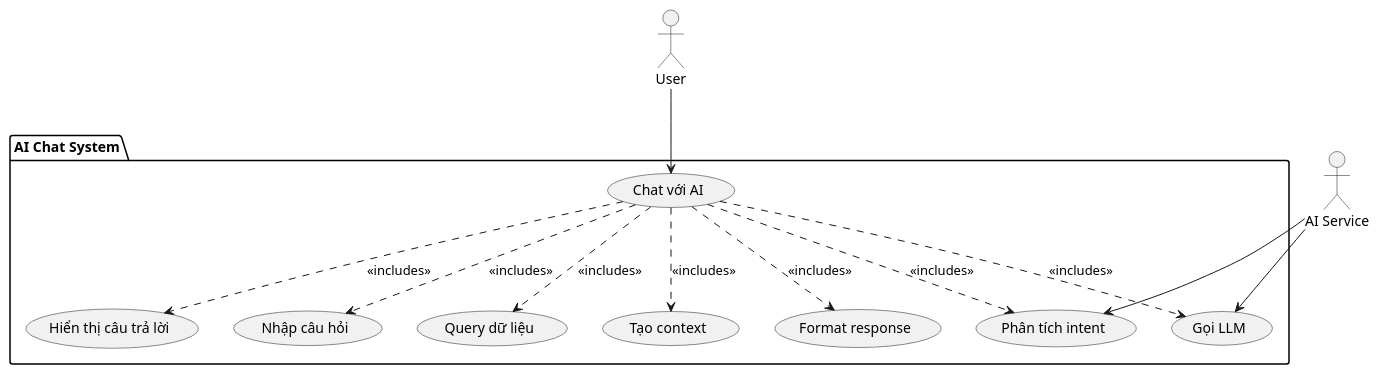
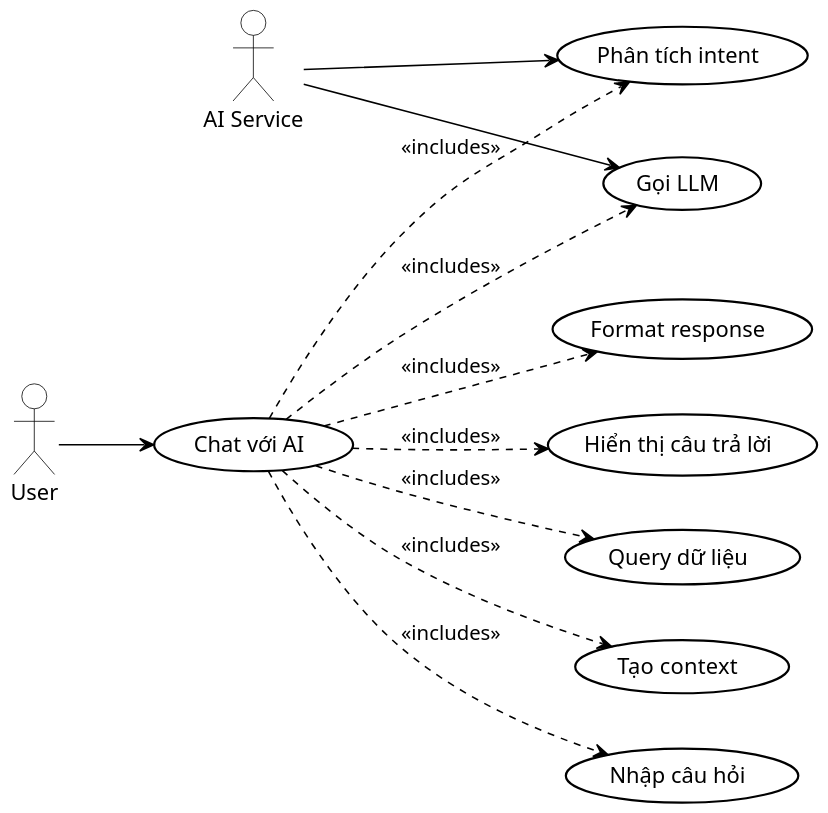
One commit to quanbin27/TabiMoney changed the diagram in uml-diagrams/UC_012_AIChat.puml. Above: the diagram before and after it, drawn with PlantUML. The commit also changed 108 other files, not shown here.

Commit message:
docs: update diagram images

```diff
--- a/uml-diagrams/UC_012_AIChat.puml
+++ b/uml-diagrams/UC_012_AIChat.puml
@@ -1,27 +1,53 @@
 @startuml UC_012_AIChat
+
+skinparam usecase {
+    BackgroundColor #FFFFFF
+    BorderColor #000000
+    ArrowColor #000000
+    BorderThickness 1.4
+    FontColor #000000
+    FontSize 14
+}
+
+skinparam actor {
+    BackgroundColor #FFFFFF
+    BorderColor #000000
+    FontColor #000000
+    FontSize 14
+}
+
+skinparam package {
+    BorderColor #000000
+    FontColor #000000
+}
+
+skinparam shadowing false
+skinparam dpi 150
+
+' Layout ngang
+left to right direction
+
 actor User
 actor "AI Service" as AI
 
-package "AI Chat System" {
-    usecase "Chat với AI" as UC_AIChat
-    usecase "Nhập câu hỏi" as UC_EnterQuestion
-    usecase "Phân tích intent" as UC_AnalyzeIntent
-    usecase "Query dữ liệu" as UC_QueryData
-    usecase "Tạo context" as UC_CreateContext
-    usecase "Gọi LLM" as UC_CallLLM
-    usecase "Format response" as UC_FormatResponse
-    usecase "Hiển thị câu trả lời" as UC_ShowResponse
-}
+usecase "Chat với AI" as UC_AIChat
+usecase "Nhập câu hỏi" as UC_EnterQuestion
+usecase "Phân tích intent" as UC_AnalyzeIntent
+usecase "Query dữ liệu" as UC_QueryData
+usecase "Tạo context" as UC_CreateContext
+usecase "Gọi LLM" as UC_CallLLM
+usecase "Format response" as UC_FormatResponse
+usecase "Hiển thị câu trả lời" as UC_ShowResponse
 
 User --> UC_AIChat
 AI --> UC_AnalyzeIntent
 AI --> UC_CallLLM
 UC_AIChat ..> UC_EnterQuestion : <<includes>>
 UC_AIChat ..> UC_AnalyzeIntent : <<includes>>
 UC_AIChat ..> UC_QueryData : <<includes>>
 UC_AIChat ..> UC_CreateContext : <<includes>>
 UC_AIChat ..> UC_CallLLM : <<includes>>
 UC_AIChat ..> UC_FormatResponse : <<includes>>
 UC_AIChat ..> UC_ShowResponse : <<includes>>
 
 @enduml
```
